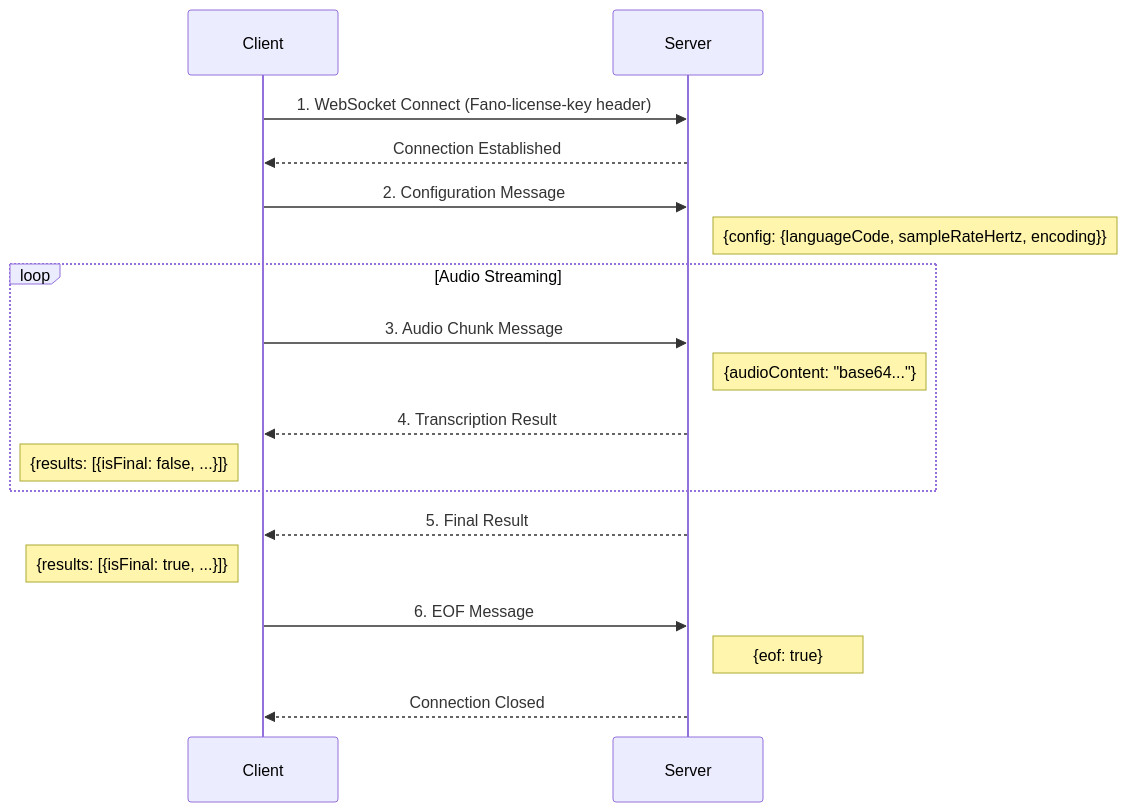
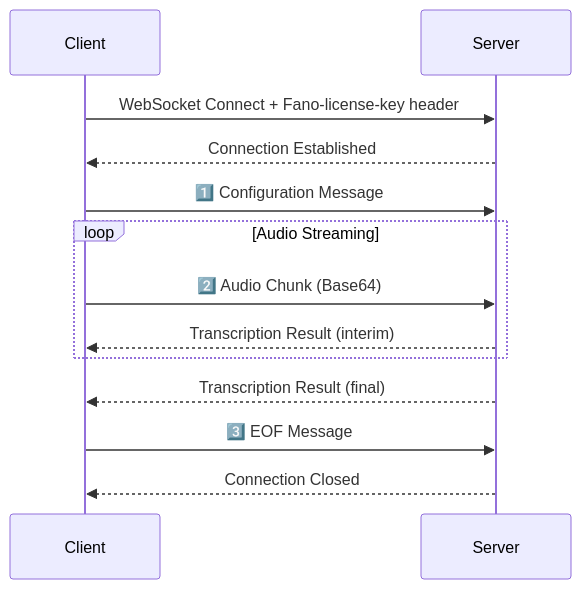
The diagram in api-reference/streaming-stt/streaming-transcription.mdx (HeroNgling/fano-cloud-speech-api), drawn with Mermaid before and after one commit. The commit also changed other lines of this file and 4 other files, not shown here.

````diff
--- a/api-reference/streaming-stt/streaming-transcription.mdx
+++ b/api-reference/streaming-stt/streaming-transcription.mdx
@@ -72,25 +49,19 @@
 ```mermaid
 sequenceDiagram
     participant Client
     participant Server
     
-    Client->>Server: 1. WebSocket Connect (Fano-license-key header)
+    Client->>Server: WebSocket Connect + Fano-license-key header
     Server-->>Client: Connection Established
     
-    Client->>Server: 2. Configuration Message
-    Note right of Server: {config: {languageCode, sampleRateHertz, encoding}}
+    Client->>Server: 1️⃣ Configuration Message
     
     loop Audio Streaming
-        Client->>Server: 3. Audio Chunk Message
-        Note right of Server: {audioContent: "base64..."}
-        Server-->>Client: 4. Transcription Result
-        Note left of Client: {results: [{isFinal: false, ...}]}
+        Client->>Server: 2️⃣ Audio Chunk (Base64)
+        Server-->>Client: Transcription Result (interim)
     end
     
-    Server-->>Client: 5. Final Result
-    Note left of Client: {results: [{isFinal: true, ...}]}
-    
-    Client->>Server: 6. EOF Message
-    Note right of Server: {eof: true}
+    Server-->>Client: Transcription Result (final)
+    Client->>Server: 3️⃣ EOF Message
     Server-->>Client: Connection Closed
 ```
````
